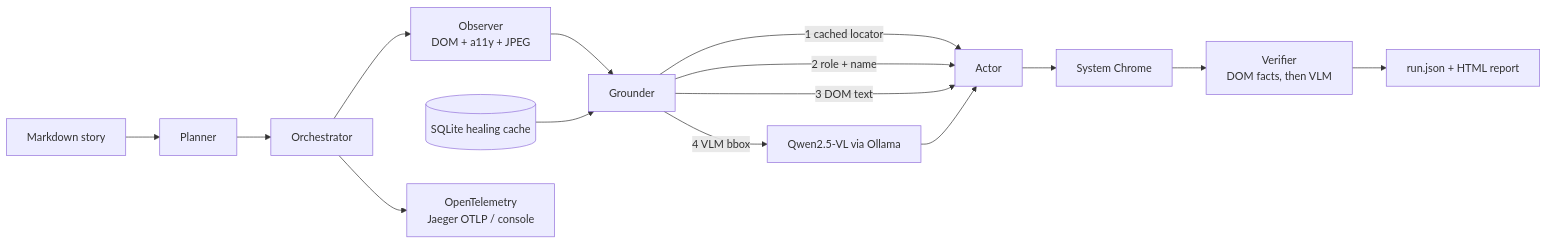
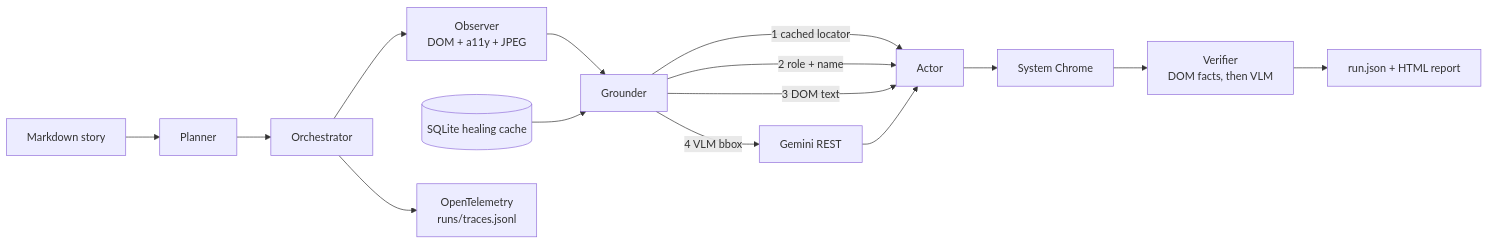
Before and after one commit to Jyotiraditya21-bug/pixelpilot: the diagram in README.md, drawn with Mermaid. The commit also changed other lines of this file and 26 other files, not shown here.

Commit message:
fix: gemini vlm, live doctor, quiet tracing, nav fix

````diff
--- a/README.md
+++ b/README.md
@@ -5,17 +5,17 @@
 ```mermaid
 flowchart LR
     Story[Markdown story] --> Planner
     Planner --> Orchestrator
     Orchestrator --> Observer[Observer<br/>DOM + a11y + JPEG]
     Observer --> Grounder
     Cache[(SQLite healing cache)] --> Grounder
     Grounder -->|1 cached locator| Actor
     Grounder -->|2 role + name| Actor
     Grounder -->|3 DOM text| Actor
-    Grounder -->|4 VLM bbox| Ollama[Qwen2.5-VL via Ollama]
-    Ollama --> Actor
+    Grounder -->|4 VLM bbox| Gemini[Gemini REST]
+    Gemini --> Actor
     Actor --> Chrome[System Chrome]
     Chrome --> Verifier[Verifier<br/>DOM facts, then VLM]
     Verifier --> Report[run.json + HTML report]
-    Orchestrator --> OTel[OpenTelemetry<br/>Jaeger OTLP / console]
+    Orchestrator --> OTel[OpenTelemetry<br/>runs/traces.jsonl]
 ```
````
